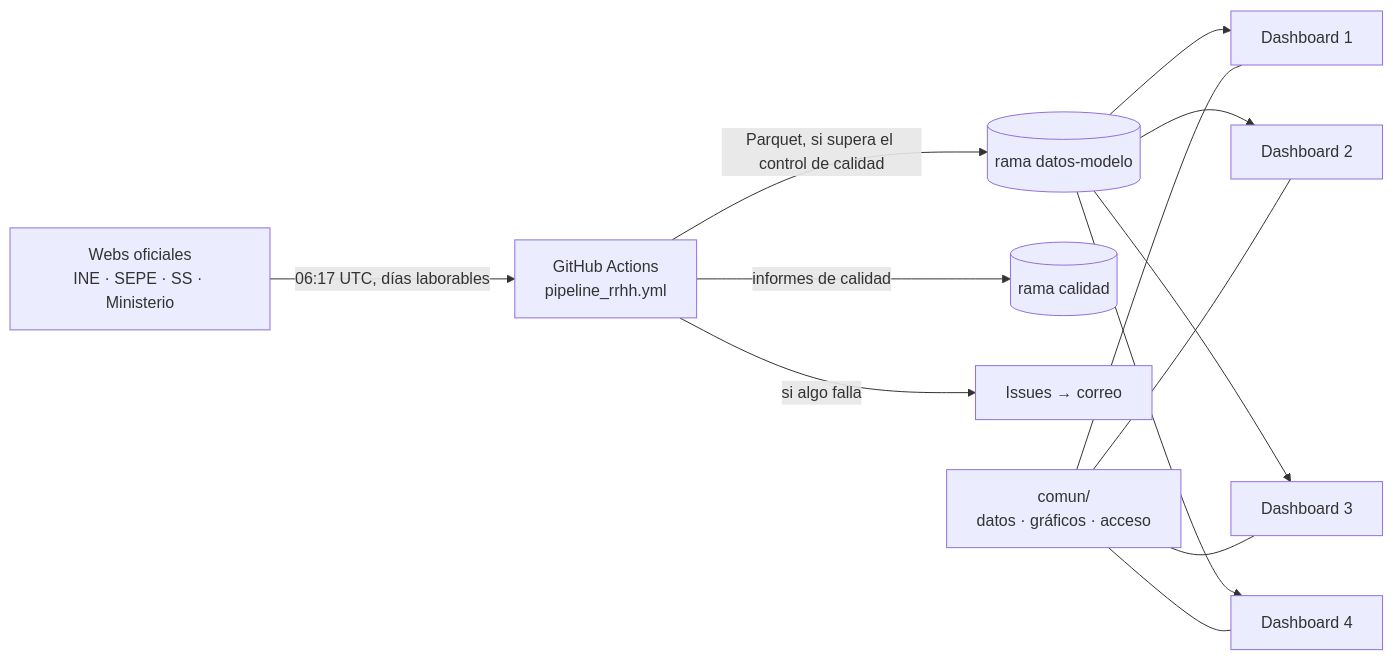
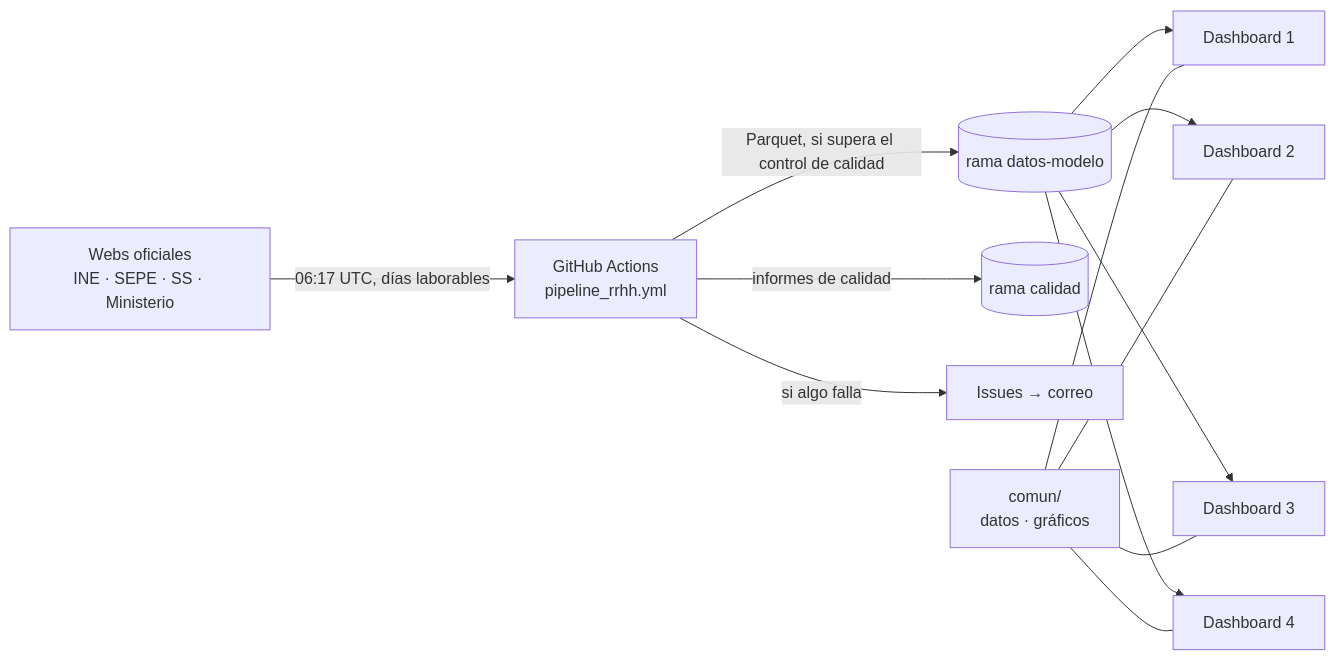
One commit to javiermcb/Dashboard_-Espa-a_Empleo changed the diagram in README.md. Above: the diagram before and after it, drawn with Mermaid. The commit also changed other lines of this file and 14 other files, not shown here.

````diff
--- a/README.md
+++ b/README.md
@@ -9,9 +9,9 @@
 ```mermaid
 flowchart LR
   F[Webs oficiales<br>INE · SEPE · SS · Ministerio] -->|06:17 UTC, días laborables| P[GitHub Actions<br>pipeline_rrhh.yml]
   P -->|Parquet, si supera el control de calidad| D[(rama datos-modelo)]
   P -->|informes de calidad| C[(rama calidad)]
   P -->|si algo falla| I[Issues → correo]
   D --> A1[Dashboard 1] & A2[Dashboard 2] & A3[Dashboard 3] & A4[Dashboard 4]
-  CO[comun/<br>datos · gráficos · acceso] --- A1 & A2 & A3 & A4
+  CO[comun/<br>datos · gráficos] --- A1 & A2 & A3 & A4
 ```
````
